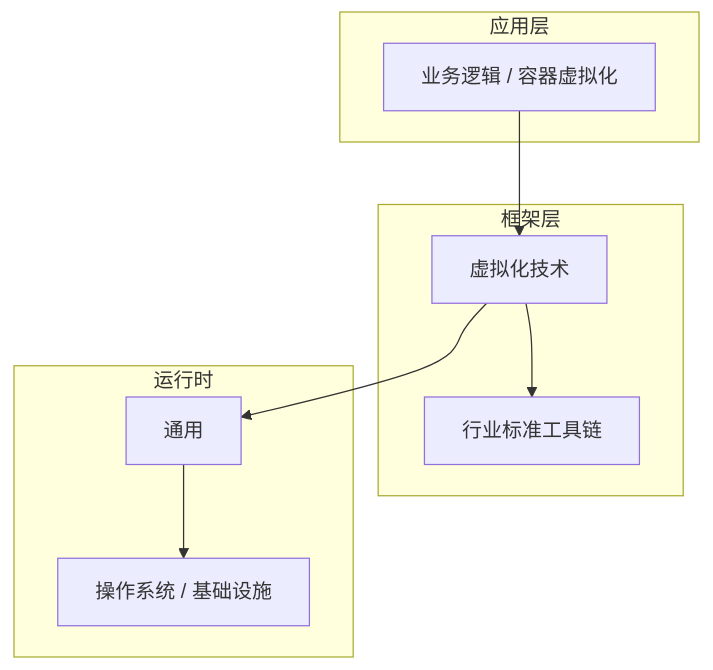
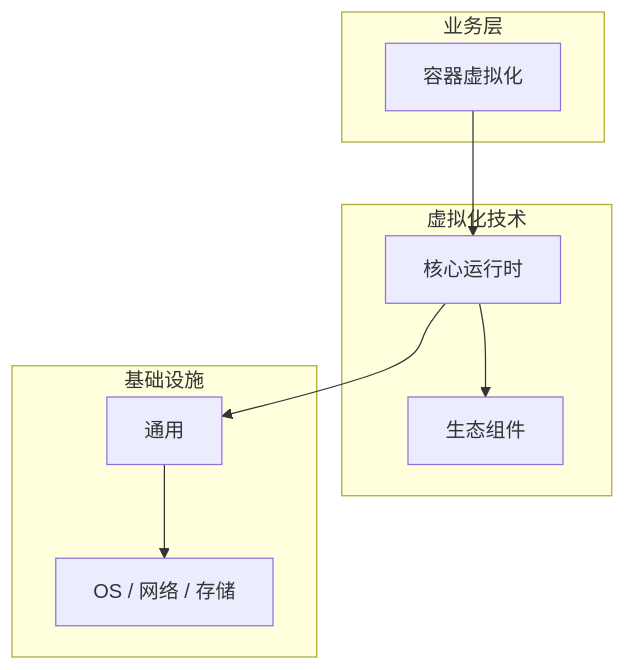
One commit to yanggan2015/knowledge-json-v2 changed the diagram in articles/虚拟化技术/chapters/041-容器虚拟化核心概念与原理.md. Above: the diagram before and after it, drawn with Mermaid. The commit also changed other lines of this file and 10127 other files, not shown here.

````diff
--- a/articles/虚拟化技术/chapters/041-容器虚拟化核心概念与原理.md
+++ b/articles/虚拟化技术/chapters/041-容器虚拟化核心概念与原理.md
@@ -45,18 +34,18 @@
 ```mermaid
 graph TB
-    subgraph 应用层
-        A[业务逻辑 / 容器虚拟化]
+    subgraph 业务层
+        A[容器虚拟化]
     end
-    subgraph 框架层
-        B[虚拟化技术]
-        C[行业标准工具链]
+    subgraph 虚拟化技术
+        B[核心运行时]
+        C[生态组件]
     end
-    subgraph 运行时
+    subgraph 基础设施
         D[通用]
-        E[操作系统 / 基础设施]
+        E[OS / 网络 / 存储]
     end
     A --> B
     B --> C
     B --> D
     D --> E
 ```
````
